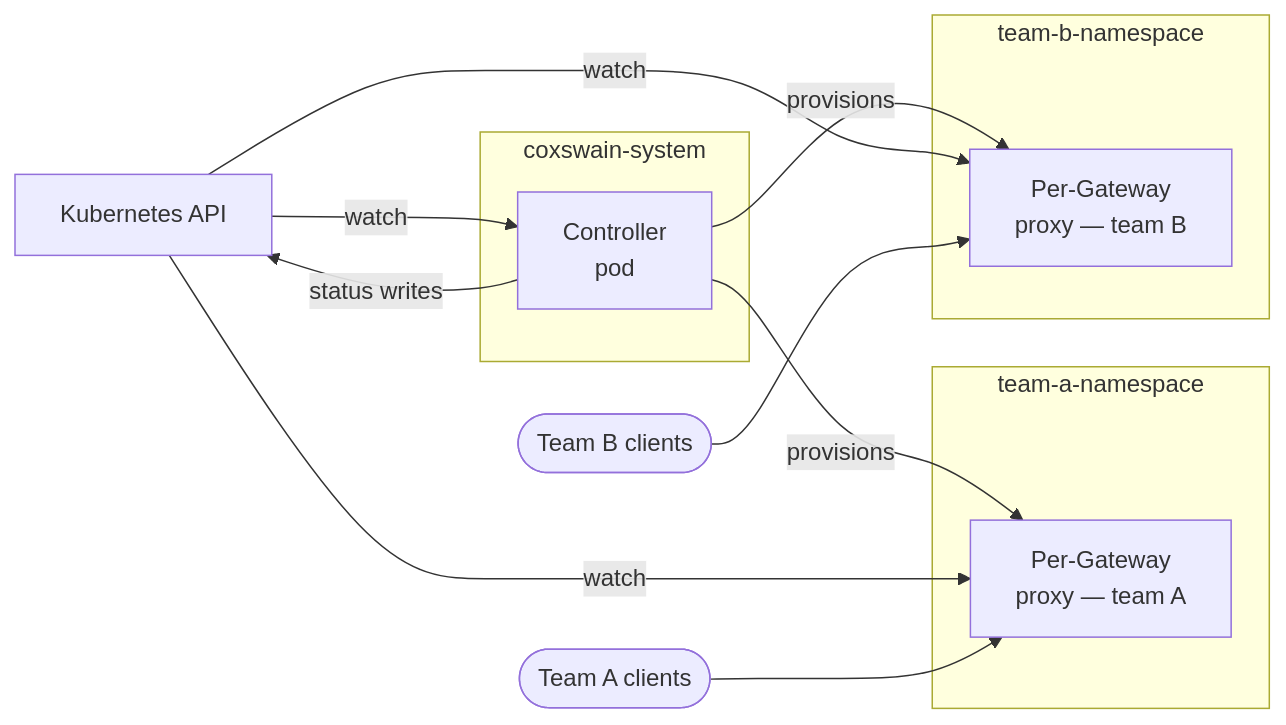
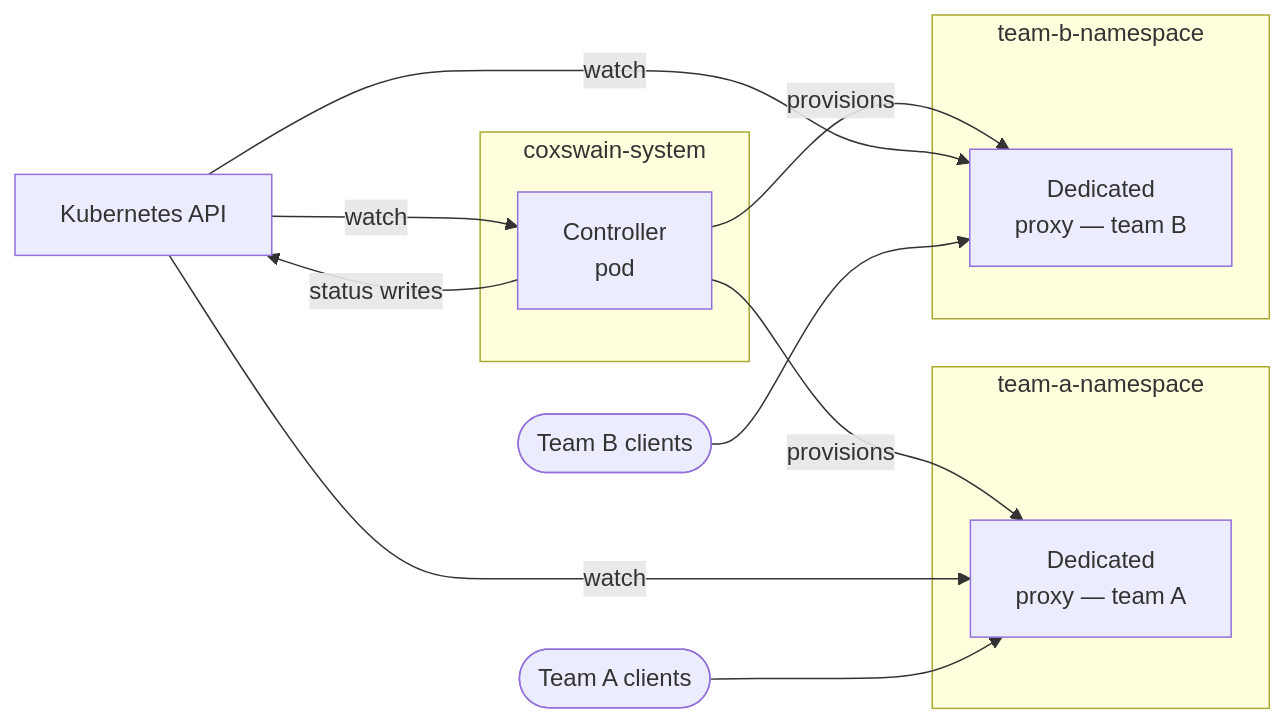
One commit to coxswain-labs/coxswain changed the fourth of 6 diagrams in docs/src/architecture.md. Above: the diagram before and after it, drawn with Mermaid. The commit also changed other lines of this file and 5 other files, not shown here.

First line of the commit message:
docs(architecture): deployment-models guide + dedicated-mode walkthrough

````diff
--- a/docs/src/architecture.md
+++ b/docs/src/architecture.md
@@ -107,26 +115,26 @@
 ```mermaid
 flowchart LR
     K8s[Kubernetes API]
 
     subgraph cs[coxswain-system]
         C[Controller\npod]
     end
 
     subgraph ns_a[team-a-namespace]
-        GPA[Per-Gateway\nproxy — team A]
+        GPA[Dedicated\nproxy — team A]
     end
 
     subgraph ns_b[team-b-namespace]
-        GPB[Per-Gateway\nproxy — team B]
+        GPB[Dedicated\nproxy — team B]
     end
 
     K8s -->|watch| C
     C -->|status writes| K8s
     C -->|provisions| GPA
     C -->|provisions| GPB
     K8s -->|watch| GPA
     K8s -->|watch| GPB
 
     ClientsA([Team A clients]) --> GPA
     ClientsB([Team B clients]) --> GPB
 ```
````
